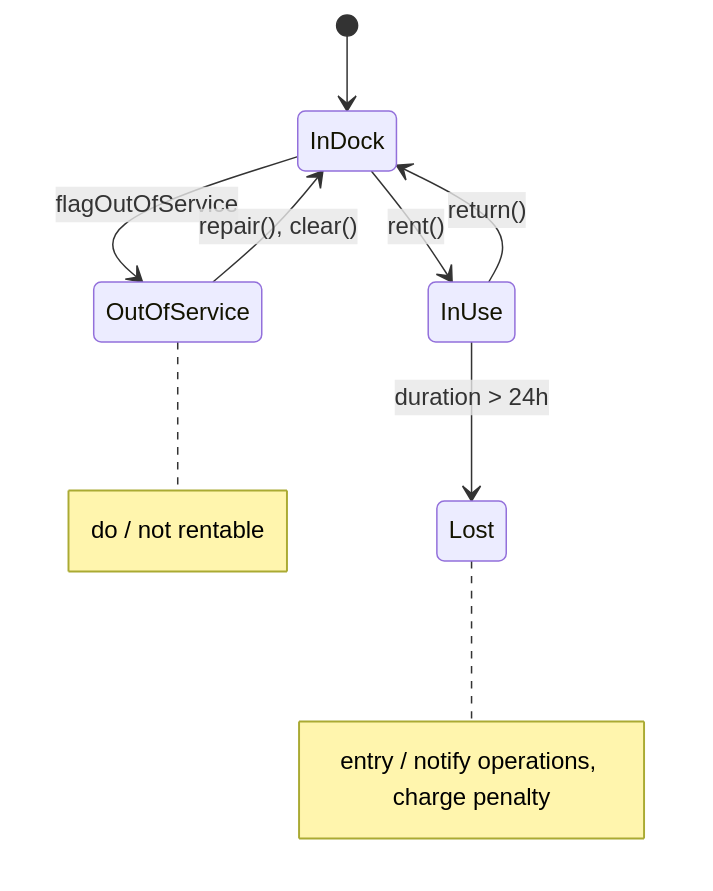
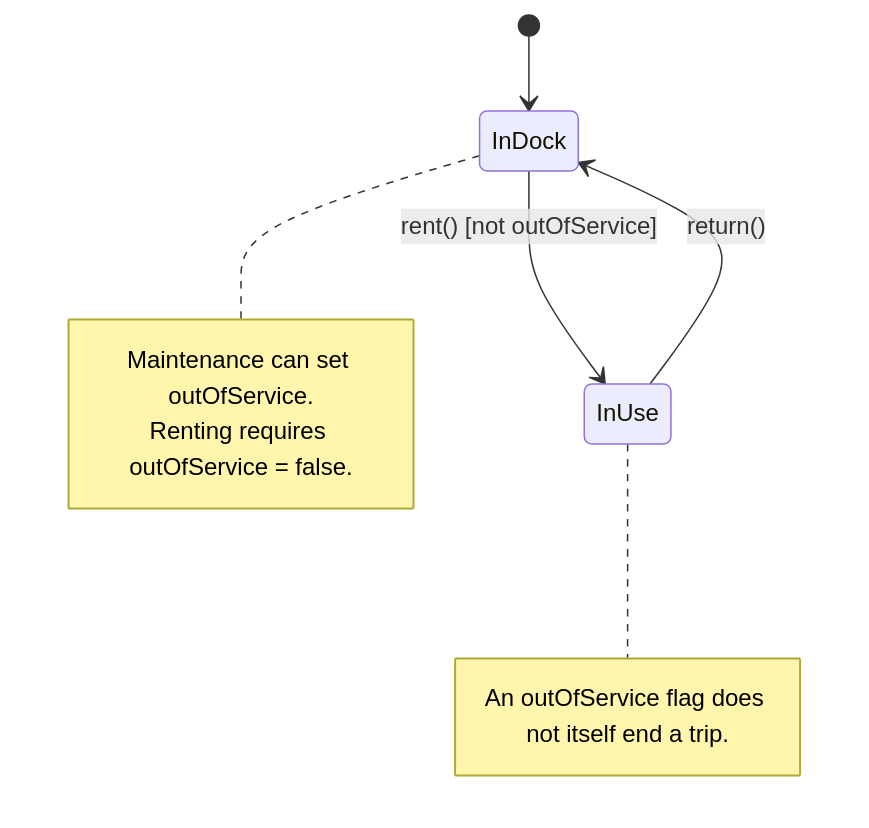
Before and after one commit to lekekbot/ntu-cs: diagram 39 of 41 in sc2006/SC2006_Study_Guide.md, drawn with Mermaid. The commit also changed other lines of this file, not shown here.

````diff
--- a/sc2006/SC2006_Study_Guide.md
+++ b/sc2006/SC2006_Study_Guide.md
@@ -3414,15 +3608,13 @@
 ```mermaid
 stateDiagram-v2
     [*] --> InDock
-    InDock --> InUse : rent()
+    InDock --> InUse : rent() [not outOfService]
     InUse --> InDock : return()
-    InDock --> OutOfService : flagOutOfService
-    InUse --> Lost : duration > 24h
-    OutOfService --> InDock : repair(), clear()
-    note right of OutOfService
-        do / not rentable
+    note right of InDock
+        Maintenance can set outOfService.
+        Renting requires outOfService = false.
     end note
-    note right of Lost
-        entry / notify operations, charge penalty
+    note right of InUse
+        An outOfService flag does not itself end a trip.
     end note
 ```
````
